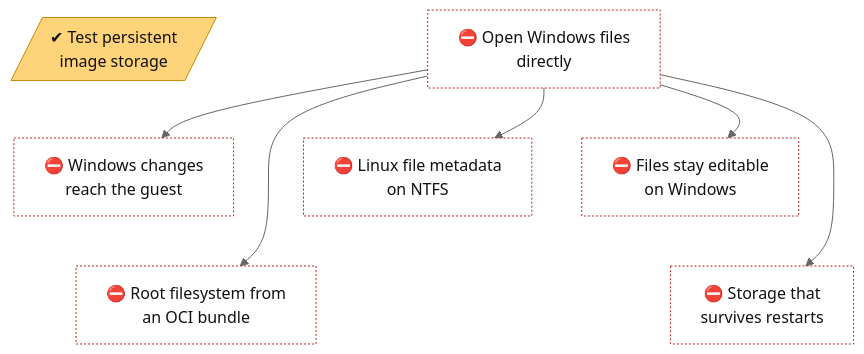
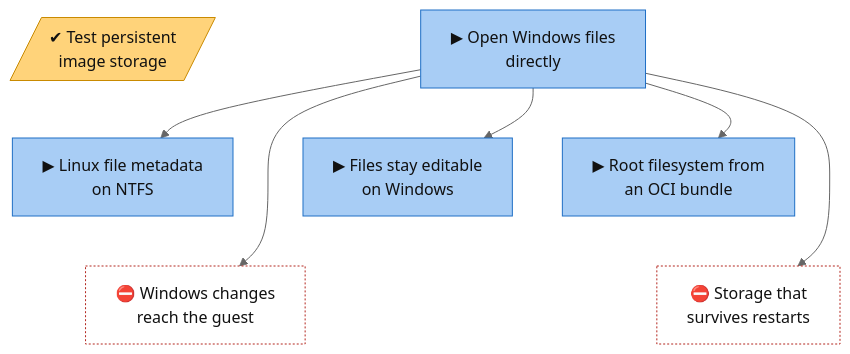
Before and after one commit to lhns/gvisor-windows: the diagram in docs/roadmap/tracks/fs.md, drawn with Mermaid (neutral theme). The commit also changed other lines of this file and 6 other files, not shown here.

````diff
--- a/docs/roadmap/tracks/fs.md
+++ b/docs/roadmap/tracks/fs.md
@@ -10,37 +10,38 @@
 ```mermaid
 flowchart TB
     fs_persistent_image_storage[/"✔ Test persistent<br/>image storage"/]
-    fs_windows_directfs["⛔ Open Windows files<br/>directly"]
+    fs_windows_directfs["▶ Open Windows files<br/>directly"]
+    fs_linux_metadata_on_ntfs["▶ Linux file metadata<br/>on NTFS"]
+    fs_handles_do_not_block_users["▶ Files stay editable<br/>on Windows"]
+    fs_root_filesystem_source["▶ Root filesystem from<br/>an OCI bundle"]
     fs_change_notifications["⛔ Windows changes<br/>reach the guest"]
-    fs_linux_metadata_on_ntfs["⛔ Linux file metadata<br/>on NTFS"]
-    fs_handles_do_not_block_users["⛔ Files stay editable<br/>on Windows"]
-    fs_root_filesystem_source["⛔ Root filesystem from<br/>an OCI bundle"]
     fs_persistent_storage_impl["⛔ Storage that<br/>survives restarts"]
-    fs_persistent_image_storage ~~~ fs_change_notifications
-    fs_windows_directfs ~~~ fs_linux_metadata_on_ntfs
+    fs_persistent_image_storage ~~~ fs_linux_metadata_on_ntfs
     fs_windows_directfs ~~~ fs_handles_do_not_block_users
-    fs_change_notifications ~~~ fs_root_filesystem_source
-    fs_linux_metadata_on_ntfs ~~~ fs_persistent_storage_impl
+    fs_windows_directfs ~~~ fs_root_filesystem_source
+    fs_linux_metadata_on_ntfs ~~~ fs_change_notifications
     fs_handles_do_not_block_users ~~~ fs_persistent_storage_impl
-    fs_windows_directfs --> fs_change_notifications
+    fs_root_filesystem_source ~~~ fs_persistent_storage_impl
     fs_windows_directfs --> fs_linux_metadata_on_ntfs
     fs_windows_directfs --> fs_handles_do_not_block_users
     fs_windows_directfs --> fs_root_filesystem_source
+    fs_windows_directfs --> fs_change_notifications
     fs_windows_directfs --> fs_persistent_storage_impl
     classDef vsucc fill:#2e9e4f,stroke:#1b6b34,color:#fff
     classDef succ fill:#bfe8c8,stroke:#2e9e4f,color:#111
     classDef mixed fill:#ffd37a,stroke:#c98a00,color:#111
     classDef bad fill:#f28b82,stroke:#b3261e,color:#111
     classDef dead fill:#e6e6e6,stroke:#777,stroke-dasharray:5 5,color:#555
     classDef inprog fill:#a8cdf5,stroke:#1f6fc5,color:#111
     classDef next fill:#fff,stroke:#333,color:#111
     classDef blocked fill:#fff,stroke:#b3261e,stroke-dasharray:2 2,color:#111
     classDef parked fill:#f3f3f3,stroke:#999,color:#555
     classDef unrated fill:#fff,stroke:#333,stroke-dasharray:1 3,color:#111
     classDef gate fill:#d9c2f0,stroke:#7b3fb5,color:#111
     classDef decided fill:#ece0f7,stroke:#7b3fb5,stroke-dasharray:2 2,color:#111
     classDef finding fill:#ffe0b2,stroke:#d84315,stroke-width:2px,color:#111
     classDef waiting fill:#e3f2fd,stroke:#1f6fc5,stroke-dasharray:5 5,color:#111
     class fs_persistent_image_storage mixed
-    class fs_windows_directfs,fs_change_notifications,fs_linux_metadata_on_ntfs,fs_handles_do_not_block_users,fs_root_filesystem_source,fs_persistent_storage_impl blocked
+    class fs_windows_directfs,fs_linux_metadata_on_ntfs,fs_handles_do_not_block_users,fs_root_filesystem_source inprog
+    class fs_change_notifications,fs_persistent_storage_impl blocked
 ```
````
